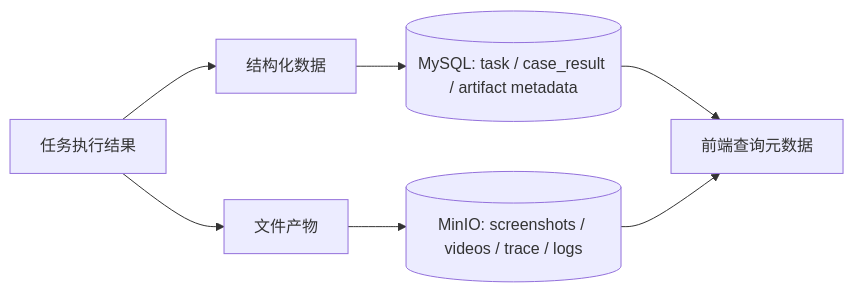
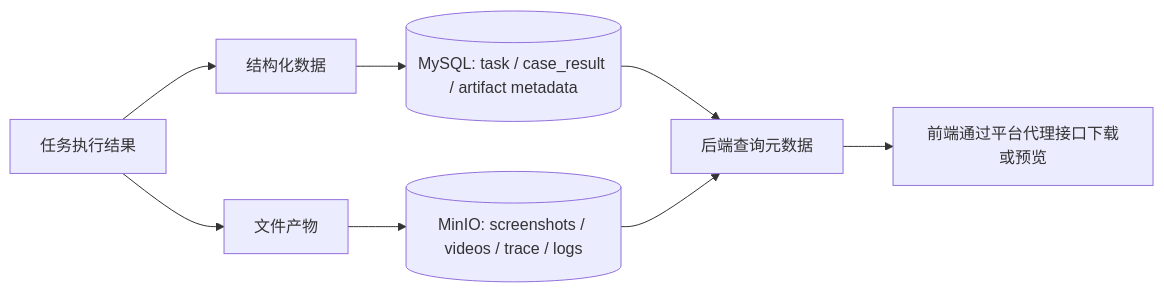
Before and after one commit to MenXiaoHuan/testplatform: the seventh of 9 diagrams in docs/guide.md, drawn with Mermaid. The commit also changed other lines of this file and 1 other file, not shown here.

````diff
--- a/docs/guide.md
+++ b/docs/guide.md
@@ -449,9 +449,10 @@
 ```mermaid
 flowchart LR
     Task[任务执行结果] --> Structured[结构化数据]
     Task --> Files[文件产物]
     Structured --> MySQL[(MySQL: task / case_result / artifact metadata)]
     Files --> MinIO[(MinIO: screenshots / videos / trace / logs)]
-    MySQL --> Web[前端查询元数据]
-    MinIO --> Web
+    MySQL --> Server[后端查询元数据]
+    MinIO --> Server
+    Server --> Web[前端通过平台代理接口下载或预览]
 ```
````
